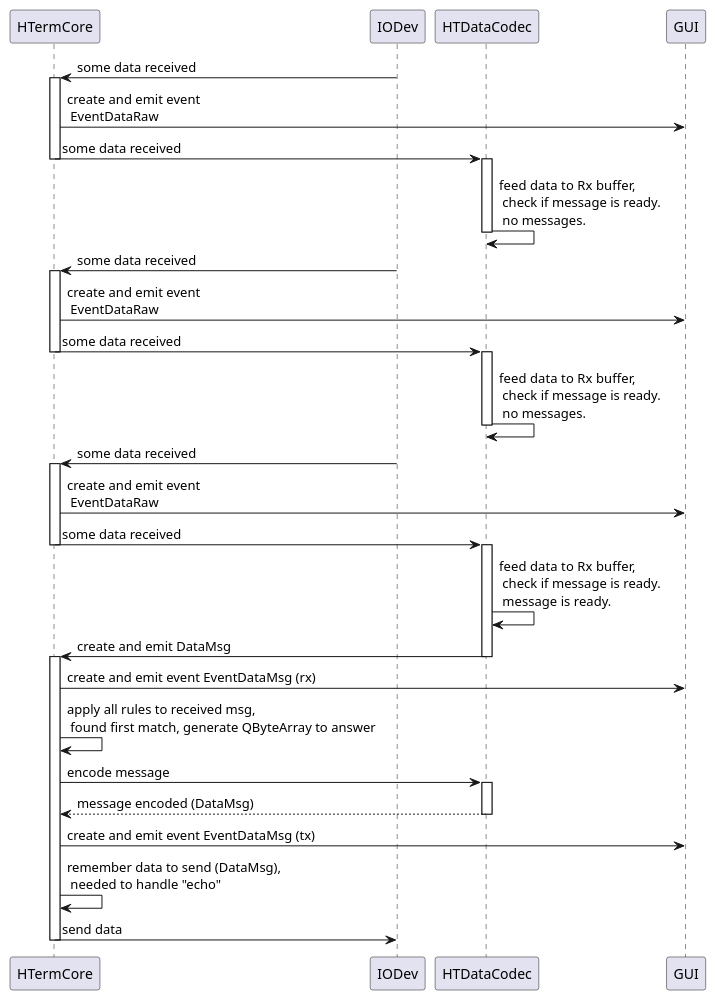
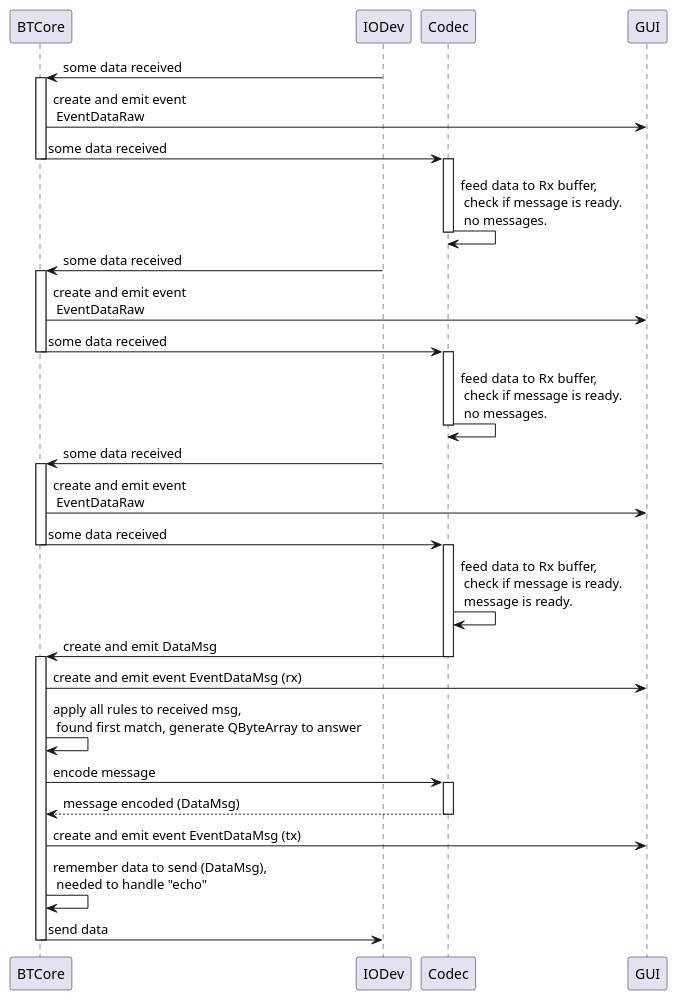
Before and after one commit to dimonomid/bterm: the diagram in stuff/uml/rxtx.pu, drawn with PlantUML. The commit also changed 110 other files, not shown here.

```diff
--- a/stuff/uml/rxtx.pu
+++ b/stuff/uml/rxtx.pu
@@ -1,54 +1,54 @@
 @startuml
 
-participant HTermCore
+participant BTCore
 participant IODev
-participant HTDataCodec
+participant Codec
 participant GUI
 
-IODev -> HTermCore: some data received
-activate HTermCore
-HTermCore -> GUI: create and emit event \n EventDataRaw
-HTermCore -> HTDataCodec: some data received
-deactivate HTermCore
-activate HTDataCodec
-HTDataCodec -> HTDataCodec: feed data to Rx buffer, \n check if message is ready. \n no messages.
-deactivate HTDataCodec
+IODev -> BTCore: some data received
+activate BTCore
+BTCore -> GUI: create and emit event \n EventDataRaw
+BTCore -> Codec: some data received
+deactivate BTCore
+activate Codec
+Codec -> Codec: feed data to Rx buffer, \n check if message is ready. \n no messages.
+deactivate Codec
 
-IODev -> HTermCore: some data received
-activate HTermCore
-HTermCore -> GUI: create and emit event \n EventDataRaw
-HTermCore -> HTDataCodec: some data received
-deactivate HTermCore
-activate HTDataCodec
-HTDataCodec -> HTDataCodec: feed data to Rx buffer, \n check if message is ready. \n no messages.
-deactivate HTDataCodec
+IODev -> BTCore: some data received
+activate BTCore
+BTCore -> GUI: create and emit event \n EventDataRaw
+BTCore -> Codec: some data received
+deactivate BTCore
+activate Codec
+Codec -> Codec: feed data to Rx buffer, \n check if message is ready. \n no messages.
+deactivate Codec
 
-IODev -> HTermCore: some data received
-activate HTermCore
-HTermCore -> GUI: create and emit event \n EventDataRaw
-HTermCore -> HTDataCodec: some data received
-deactivate HTermCore
-activate HTDataCodec
-HTDataCodec -> HTDataCodec: feed data to Rx buffer, \n check if message is ready. \n message is ready.
+IODev -> BTCore: some data received
+activate BTCore
+BTCore -> GUI: create and emit event \n EventDataRaw
+BTCore -> Codec: some data received
+deactivate BTCore
+activate Codec
+Codec -> Codec: feed data to Rx buffer, \n check if message is ready. \n message is ready.
 
-HTDataCodec -> HTermCore: create and emit DataMsg
-deactivate HTDataCodec
-activate HTermCore
-HTermCore -> GUI: create and emit event EventDataMsg (rx)
+Codec -> BTCore: create and emit DataMsg
+deactivate Codec
+activate BTCore
+BTCore -> GUI: create and emit event EventDataMsg (rx)
 
-HTermCore -> HTermCore: apply all rules to received msg, \n found first match, generate QByteArray to answer
+BTCore -> BTCore: apply all rules to received msg, \n found first match, generate QByteArray to answer
 
-HTermCore -> HTDataCodec: encode message
-activate HTDataCodec
+BTCore -> Codec: encode message
+activate Codec
 
-HTermCore <-- HTDataCodec: message encoded (DataMsg)
-deactivate HTDataCodec
+BTCore <-- Codec: message encoded (DataMsg)
+deactivate Codec
 
-HTermCore -> GUI: create and emit event EventDataMsg (tx)
+BTCore -> GUI: create and emit event EventDataMsg (tx)
 
-HTermCore -> HTermCore: remember data to send (DataMsg), \n needed to handle "echo"
+BTCore -> BTCore: remember data to send (DataMsg), \n needed to handle "echo"
 
-HTermCore -> IODev: send data
-deactivate HTermCore
+BTCore -> IODev: send data
+deactivate BTCore
 
 @enduml
```
